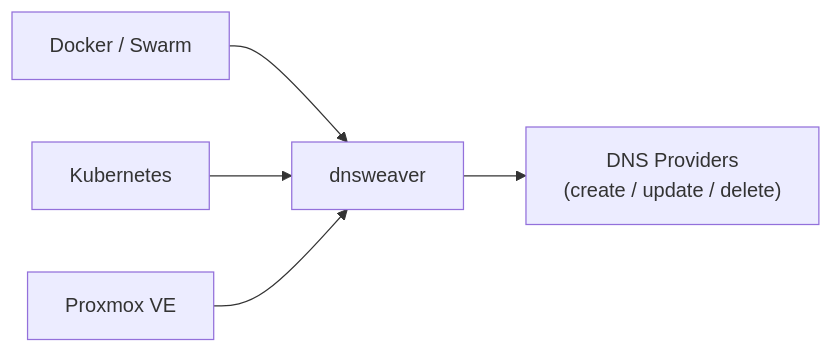
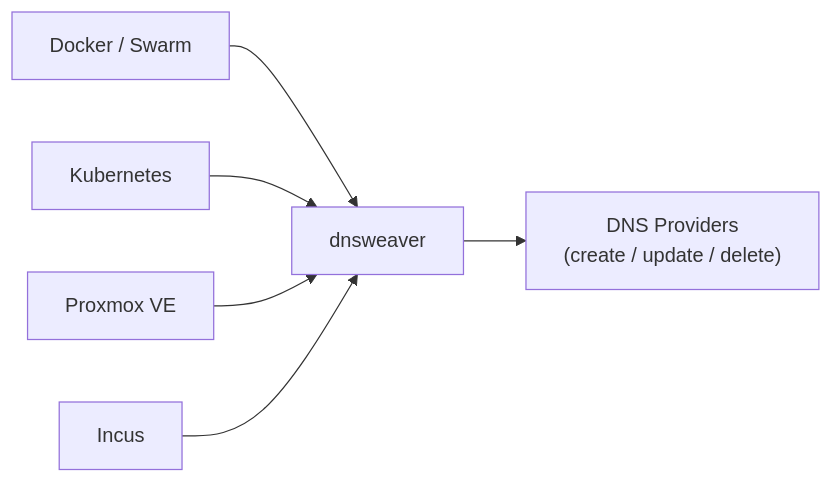
The diagram in README.md (agreenbhm/dnsweaver), drawn with Mermaid before and after one commit. The commit also changed other lines of this file and 5 other files, not shown here.

````diff
--- a/README.md
+++ b/README.md
@@ -84,7 +85,8 @@
 ```mermaid
 flowchart LR
     A["Docker / Swarm"] --> B["dnsweaver"]
     D["Kubernetes"] --> B
     P["Proxmox VE"] --> B
+    I["Incus"] --> B
     B --> C["DNS Providers<br/>(create / update / delete)"]
 ```
````
